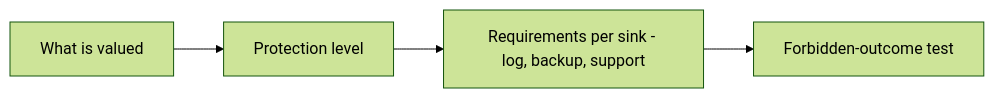
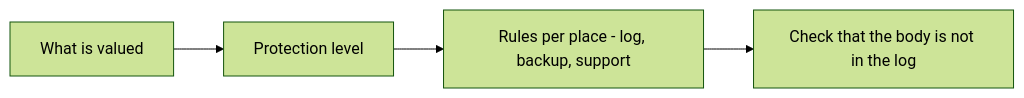
One commit to ishitvagoel/LearnSecurity changed the second of 2 diagrams in content/modules/3/3.1/lessons/01-property.md. Above: the diagram before and after it, drawn with Mermaid (forest theme). The commit also changed other lines of this file and 31 other files, not shown here.

````diff
--- a/content/modules/3/3.1/lessons/01-property.md
+++ b/content/modules/3/3.1/lessons/01-property.md
@@ -34,6 +39,6 @@
 ```mermaid
 flowchart LR
   Asset[What is valued] --> Class[Protection level]
-  Class --> Req["Requirements per sink - log, backup, support"]
-  Req --> Test[Forbidden-outcome test]
+  Class --> Req["Rules per place - log, backup, support"]
+  Req --> Test[Check that the body is not in the log]
 ```
````
